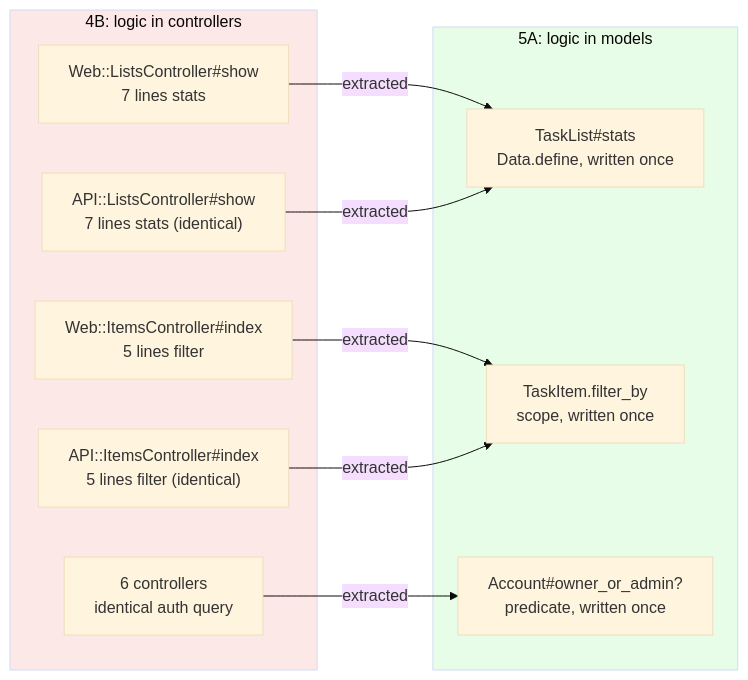
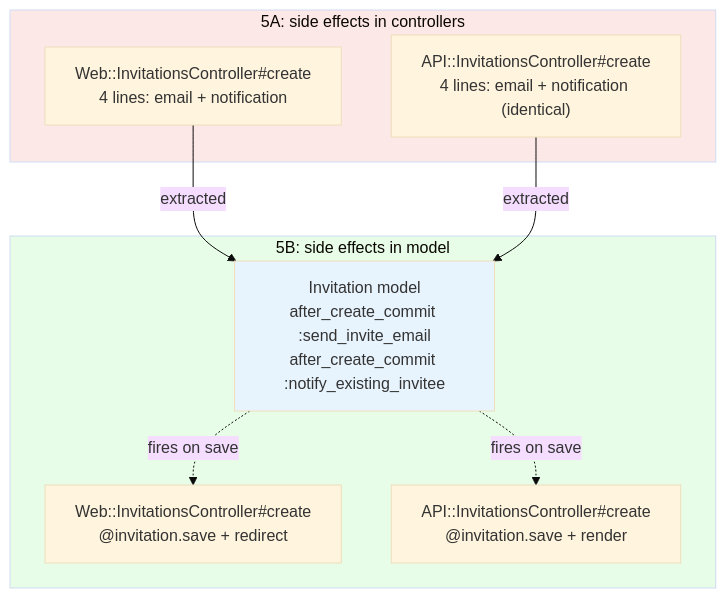
The second of 3 diagrams in README.md (railswhey/app), drawn with Mermaid (base theme) before and after one commit. The commit also changed other lines of this file and 10 other files, not shown here.

Commit message:
5B: Moving side effects from controllers to model callbacks

````diff
--- a/README.md
+++ b/README.md
@@ -153,25 +192,22 @@
 ```mermaid
-flowchart LR
-  subgraph Before["4B: logic in controllers"]
-    WC1["Web::ListsController#show<br/>7 lines stats"]
-    AC1["API::ListsController#show<br/>7 lines stats (identical)"]
-    WC2["Web::ItemsController#index<br/>5 lines filter"]
-    AC2["API::ItemsController#index<br/>5 lines filter (identical)"]
-    AUTH["6 controllers<br/>identical auth query"]
+flowchart TD
+  subgraph Before["5A: side effects in controllers"]
+    WC["Web::InvitationsController#create<br/>4 lines: email + notification"]
+    AC["API::InvitationsController#create<br/>4 lines: email + notification (identical)"]
   end
 
-  subgraph After["5A: logic in models"]
-    TLS["TaskList#stats<br/>Data.define, written once"]
-    TIF["TaskItem.filter_by<br/>scope, written once"]
-    AO["Account#owner_or_admin?<br/>predicate, written once"]
+  subgraph After["5B: side effects in model"]
+    INV["Invitation model<br/>after_create_commit :send_invite_email<br/>after_create_commit :notify_existing_invitee"]
+    WC2["Web::InvitationsController#create<br/>@invitation.save + redirect"]
+    AC2["API::InvitationsController#create<br/>@invitation.save + render"]
   end
 
-  WC1 -->|"extracted"| TLS
-  AC1 -->|"extracted"| TLS
-  WC2 -->|"extracted"| TIF
-  AC2 -->|"extracted"| TIF
-  AUTH -->|"extracted"| AO
+  WC -->|"extracted"| INV
+  AC -->|"extracted"| INV
+  INV -.->|"fires on save"| WC2
+  INV -.->|"fires on save"| AC2
 
   style Before fill:#fde8e8
   style After fill:#e8fde8
+  style INV fill:#e8f4fd
 ```
````
